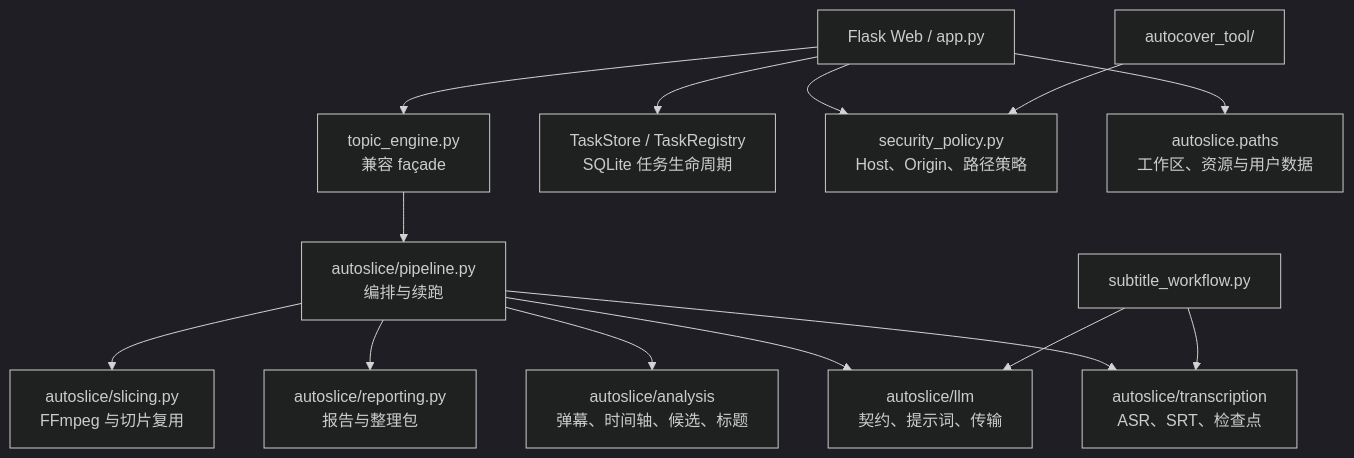
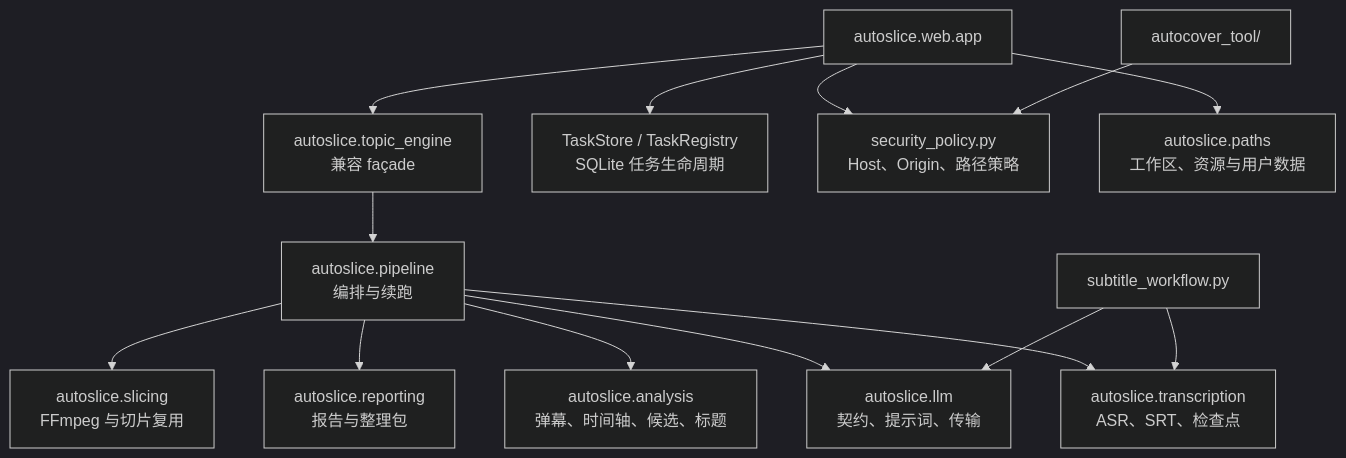
One commit to YRMDLG/AutoSlice changed the diagram in docs/架构重构.md. Above: the diagram before and after it, drawn with Mermaid (dark theme). The commit also changed other lines of this file and 64 other files, not shown here.

````diff
--- a/docs/架构重构.md
+++ b/docs/架构重构.md
@@ -28,16 +28,16 @@
 ```mermaid
 flowchart TD
-    UI["Flask Web / app.py"] --> Facade["topic_engine.py<br/>兼容 façade"]
-    Facade --> Pipeline["autoslice/pipeline.py<br/>编排与续跑"]
-    Pipeline --> Transcription["autoslice/transcription<br/>ASR、SRT、检查点"]
-    Pipeline --> Analysis["autoslice/analysis<br/>弹幕、时间轴、候选、标题"]
-    Pipeline --> LLM["autoslice/llm<br/>契约、提示词、传输"]
-    Pipeline --> Reporting["autoslice/reporting.py<br/>报告与整理包"]
-    Pipeline --> Slicing["autoslice/slicing.py<br/>FFmpeg 与切片复用"]
+    UI["autoslice.web.app"] --> Facade["autoslice.topic_engine<br/>兼容 façade"]
+    Facade --> Pipeline["autoslice.pipeline<br/>编排与续跑"]
+    Pipeline --> Transcription["autoslice.transcription<br/>ASR、SRT、检查点"]
+    Pipeline --> Analysis["autoslice.analysis<br/>弹幕、时间轴、候选、标题"]
+    Pipeline --> LLM["autoslice.llm<br/>契约、提示词、传输"]
+    Pipeline --> Reporting["autoslice.reporting<br/>报告与整理包"]
+    Pipeline --> Slicing["autoslice.slicing<br/>FFmpeg 与切片复用"]
     UI --> Tasks["TaskStore / TaskRegistry<br/>SQLite 任务生命周期"]
     UI --> Security["security_policy.py<br/>Host、Origin、路径策略"]
     UI --> Paths["autoslice.paths<br/>工作区、资源与用户数据"]
     Subtitle["subtitle_workflow.py"] --> Transcription
     Subtitle --> LLM
     Cover["autocover_tool/"] --> Security
 ```
````
